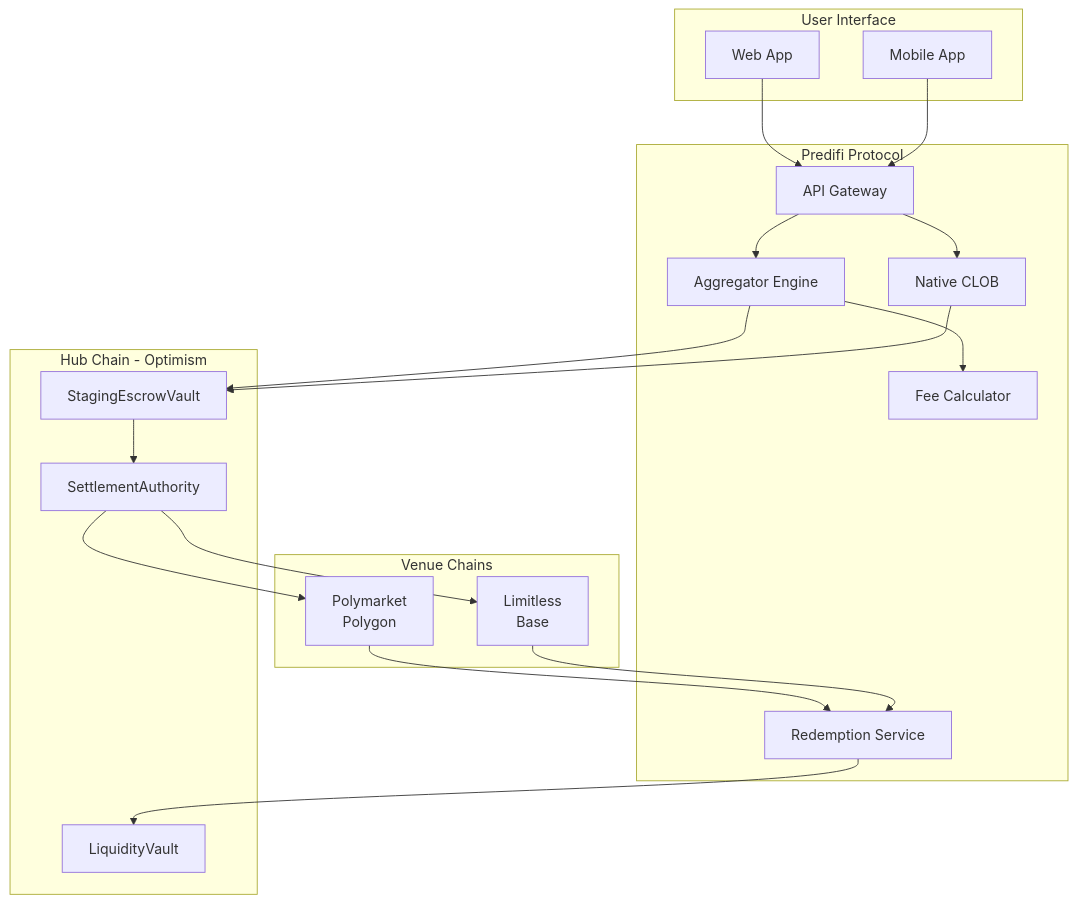
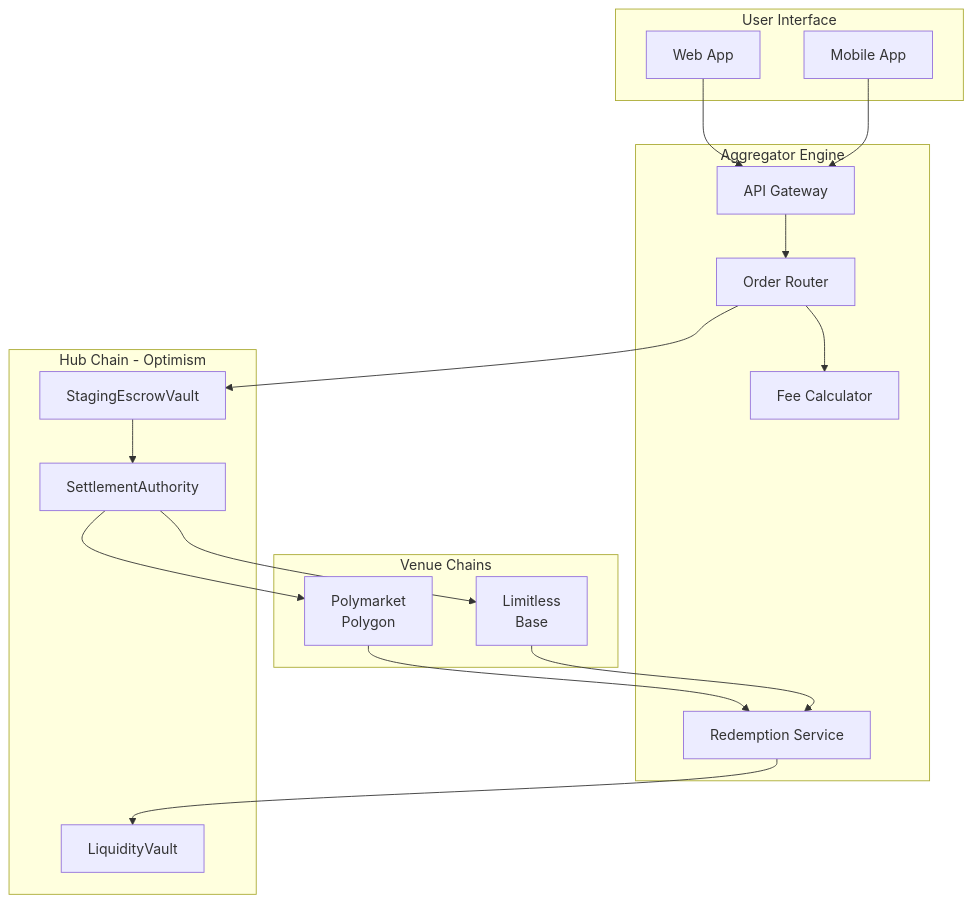
One commit to Predifi-com/.github changed the first of 2 diagrams in profile/README.md. Above: the diagram before and after it, drawn with Mermaid. The commit also changed other lines of this file, not shown here.

First line of the commit message:
docs: Fix architectural diagram and audit status

````diff
--- a/profile/README.md
+++ b/profile/README.md
@@ -39,40 +45,37 @@
 ```mermaid
 graph TB
     subgraph "User Interface"
         A[Web App]
         B[Mobile App]
     end
     
-    subgraph "Predifi Protocol"
+    subgraph "Aggregator Engine"
         C[API Gateway]
-        D[Aggregator Engine]
-        N[Native CLOB]
+        D[Order Router]
         E[Fee Calculator]
         F[Redemption Service]
     end
     
     subgraph "Hub Chain - Optimism"
         G[StagingEscrowVault]
         H[SettlementAuthority]
         I[LiquidityVault]
     end
     
     subgraph "Venue Chains"
         J[Polymarket<br/>Polygon]
         K[Limitless<br/>Base]
     end
     
     A --> C
     B --> C
     C --> D
-    C --> N
     D --> E
     D --> G
-    N --> G
     G --> H
     H --> J
     H --> K
     J --> F
     K --> F
     F --> I
 ```
````
